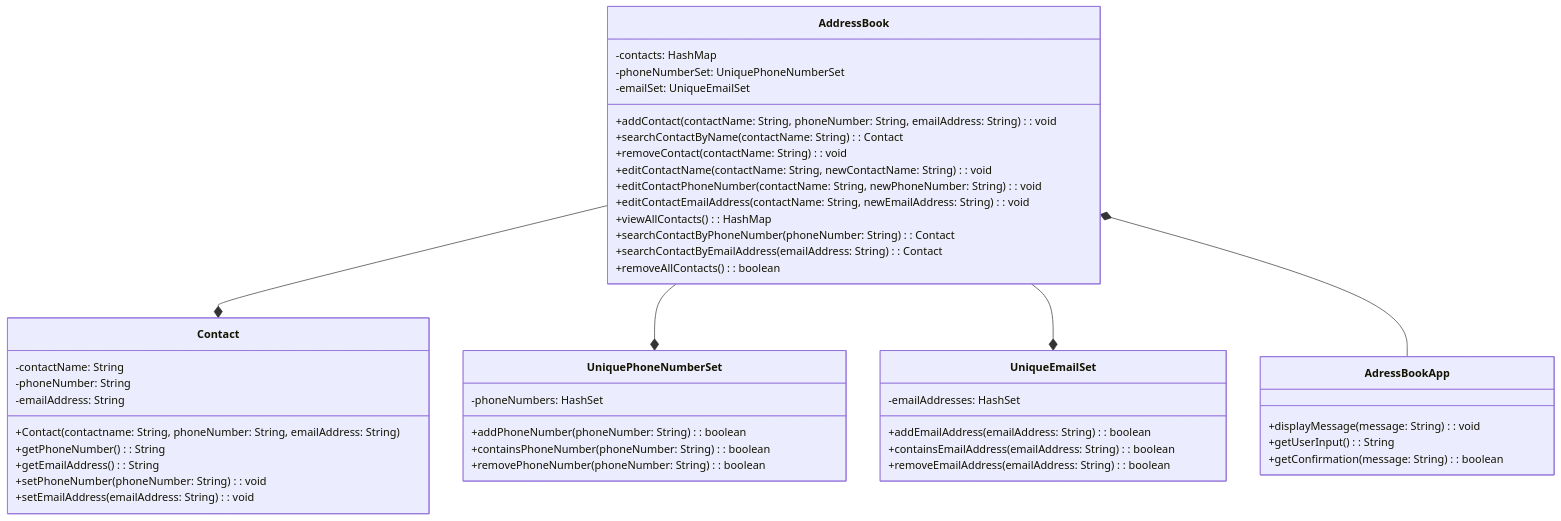
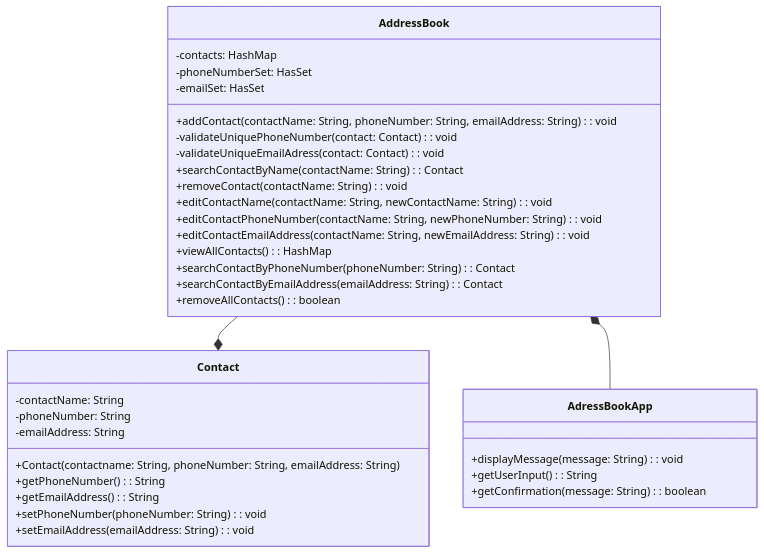
Before and after one commit to Cristina-Pat/address-book: the diagram in docs/domain-models-test-plan.md, drawn with Mermaid. The commit also changed other lines of this file and 5 other files, not shown here.

````diff
--- a/docs/domain-models-test-plan.md
+++ b/docs/domain-models-test-plan.md
@@ -48,58 +52,44 @@
 ``` mermaid
 classDiagram
   class AddressBook {
     %% these are the core features
     -contacts: HashMap<String, Contact> 
-    -phoneNumberSet: UniquePhoneNumberSet
-    -emailSet: UniqueEmailSet
+    -phoneNumberSet: HasSet<String>
+    -emailSet: HasSet<String>
     +addContact(contactName: String, phoneNumber: String, emailAddress: String): void
+    -validateUniquePhoneNumber(contact: Contact): void
+    -validateUniqueEmailAdress(contact: Contact): void
     +searchContactByName(contactName: String): Contact
     +removeContact(contactName: String): void
     +editContactName(contactName: String, newContactName: String): void
     +editContactPhoneNumber(contactName: String, newPhoneNumber: String): void
     +editContactEmailAddress(contactName: String, newEmailAddress: String): void
     +viewAllContacts(): HashMap<String, Contact>
     %% these are the aditional features
     +searchContactByPhoneNumber(phoneNumber: String): Contact
     +searchContactByEmailAddress(emailAddress: String): Contact
     +removeAllContacts(): boolean
   }
 
   class Contact {
     -contactName: String
     -phoneNumber: String
     -emailAddress: String
     +Contact(contactname: String, phoneNumber: String, emailAddress: String)
     +getPhoneNumber(): String
     +getEmailAddress(): String
     +setPhoneNumber(phoneNumber: String): void
     +setEmailAddress(emailAddress: String): void
   }
 
-  %% This class ensures that duplicate phone numbers are not allowed, as the HashSet contains unique elements
-  class UniquePhoneNumberSet {
-    -phoneNumbers: HashSet<String>
-    +addPhoneNumber(phoneNumber: String): boolean
-    +containsPhoneNumber(phoneNumber: String): boolean
-    +removePhoneNumber(phoneNumber: String): boolean
-  }
-  %% This class ensures that emails are not allowed, as the HashSet contains unique elements
-  class UniqueEmailSet {
-    -emailAddresses: HashSet<String>
-    +addEmailAddress(emailAddress: String): boolean
-    +containsEmailAddress(emailAddress: String): boolean
-    +removeEmailAddress(emailAddress: String): boolean
-  }
 
   class AdressBookApp {
     +displayMessage(message: String): void
     +getUserInput(): String
     %% This is a part of the aditional features
     +getConfirmation(message: String): boolean
   }
 
   AddressBook --* Contact
-  AddressBook --* UniquePhoneNumberSet
-  AddressBook --* UniqueEmailSet
   AddressBook *-- AdressBookApp
 ```
````
